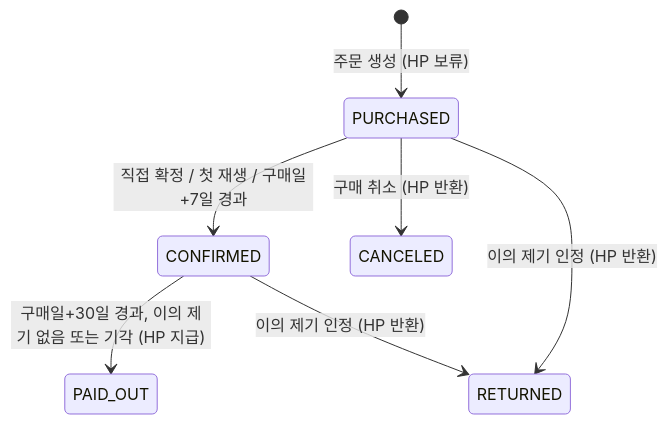
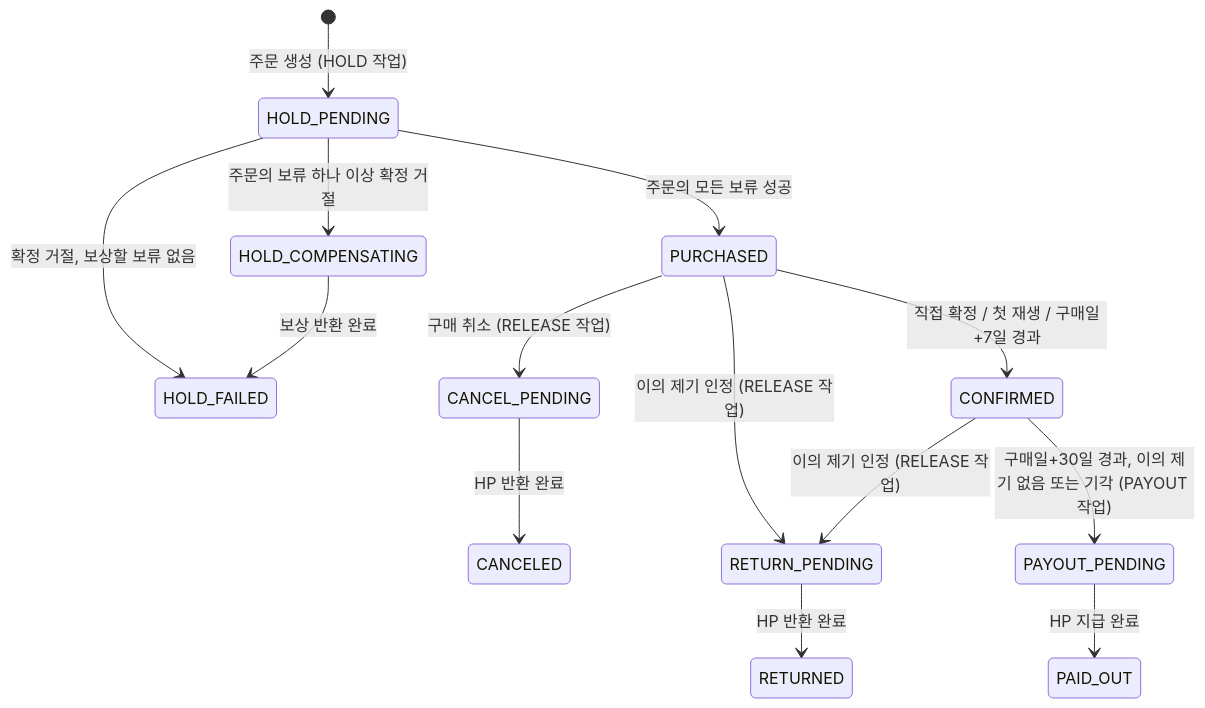
The fourth of 9 diagrams in docs/design/lecture-module.md (prgrms-be-adv-devcourse/beadv8_8_LMS_BE), drawn with Mermaid before and after one commit. The commit also changed other lines of this file, not shown here.

````diff
--- a/docs/design/lecture-module.md
+++ b/docs/design/lecture-module.md
@@ -215,9 +228,16 @@
 ```mermaid
 stateDiagram-v2
-    [*] --> PURCHASED: 주문 생성 (HP 보류)
+    [*] --> HOLD_PENDING: 주문 생성 (HOLD 작업)
+    HOLD_PENDING --> PURCHASED: 주문의 모든 보류 성공
+    HOLD_PENDING --> HOLD_COMPENSATING: 주문의 보류 하나 이상 확정 거절
+    HOLD_PENDING --> HOLD_FAILED: 확정 거절, 보상할 보류 없음
+    HOLD_COMPENSATING --> HOLD_FAILED: 보상 반환 완료
     PURCHASED --> CONFIRMED: 직접 확정 / 첫 재생 / 구매일+7일 경과
-    PURCHASED --> CANCELED: 구매 취소 (HP 반환)
-    CONFIRMED --> PAID_OUT: 구매일+30일 경과, 이의 제기 없음 또는 기각 (HP 지급)
-    PURCHASED --> RETURNED: 이의 제기 인정 (HP 반환)
-    CONFIRMED --> RETURNED: 이의 제기 인정 (HP 반환)
+    PURCHASED --> CANCEL_PENDING: 구매 취소 (RELEASE 작업)
+    CANCEL_PENDING --> CANCELED: HP 반환 완료
+    PURCHASED --> RETURN_PENDING: 이의 제기 인정 (RELEASE 작업)
+    CONFIRMED --> RETURN_PENDING: 이의 제기 인정 (RELEASE 작업)
+    RETURN_PENDING --> RETURNED: HP 반환 완료
+    CONFIRMED --> PAYOUT_PENDING: 구매일+30일 경과, 이의 제기 없음 또는 기각 (PAYOUT 작업)
+    PAYOUT_PENDING --> PAID_OUT: HP 지급 완료
 ```
````
